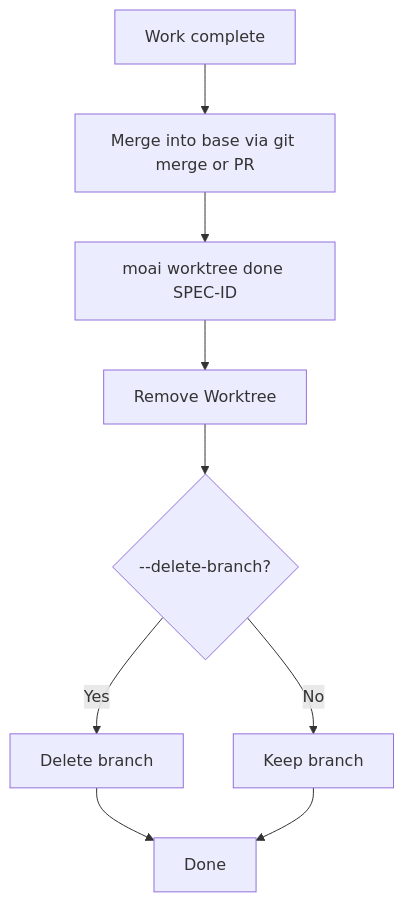
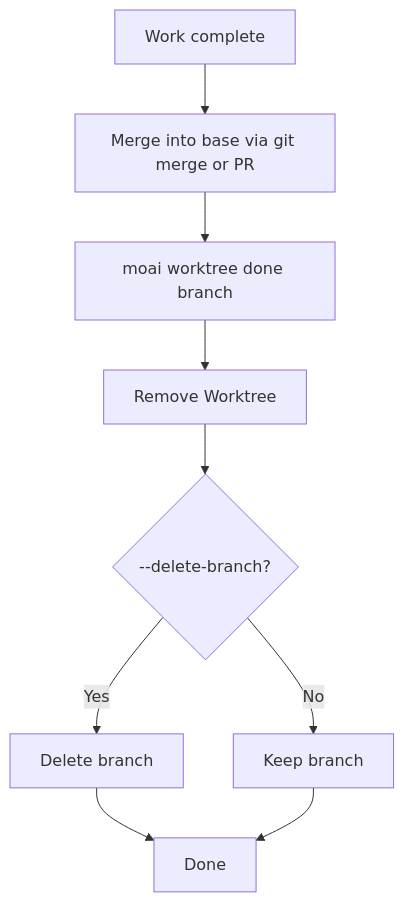
The sixth of 9 diagrams in docs-site/content/en/worktree/guide.md (modu-ai/moai-adk), drawn with Mermaid before and after one commit. The commit also changed other lines of this file and 35 other files, not shown here.

````diff
--- a/docs-site/content/en/worktree/guide.md
+++ b/docs-site/content/en/worktree/guide.md
@@ -440,11 +469,11 @@
 ```mermaid
 flowchart TD
     A[Work complete] --> B[Merge into base via git merge or PR]
-    B --> C[moai worktree done SPEC-ID]
+    B --> C[moai worktree done branch]
     C --> D[Remove Worktree]
     D --> E{--delete-branch?}
     E -->|Yes| F[Delete branch]
     E -->|No| G[Keep branch]
     F --> H[Done]
     G --> H[Done]
 ```
````
